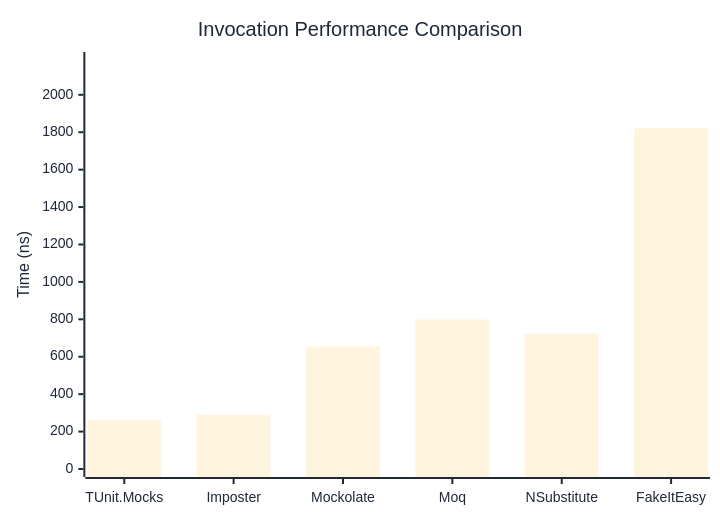
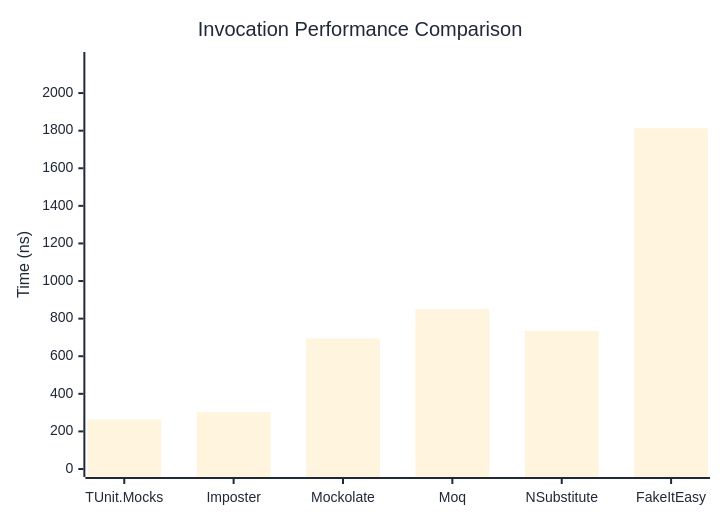
Before and after one commit to thomhurst/TUnit: the first of 3 diagrams in docs/docs/benchmarks/mocks/Invocation.md, drawn with Mermaid. The commit also changed other lines of this file and 14 other files, not shown here.

````diff
--- a/docs/docs/benchmarks/mocks/Invocation.md
+++ b/docs/docs/benchmarks/mocks/Invocation.md
@@ -28,27 +28,27 @@
 ```mermaid
 %%{init: {
   'theme':'base',
   'themeVariables': {
     'primaryColor': '#2563eb',
     'primaryTextColor': '#1f2937',
     'primaryBorderColor': '#1e40af',
     'lineColor': '#6b7280',
     'secondaryColor': '#7c3aed',
     'tertiaryColor': '#dc2626',
     'background': '#ffffff',
     'pie1': '#2563eb',
     'pie2': '#7c3aed',
     'pie3': '#dc2626',
     'pie4': '#f59e0b',
     'pie5': '#10b981',
     'pie6': '#06b6d4',
     'pie7': '#ec4899',
     'pie8': '#6366f1'
   }
 }}%%
 xychart-beta
   title "Invocation Performance Comparison"
   x-axis ["TUnit.Mocks", "Imposter", "Mockolate", "Moq", "NSubstitute", "FakeItEasy"]
-  y-axis "Time (ns)" 0 --> 2186
-  bar [259.4, 290.6, 654.9, 798.8, 722.6, 1821]
+  y-axis "Time (ns)" 0 --> 2176
+  bar [262.9, 302.5, 694.4, 851.5, 734.4, 1812.9]
 ```
````
